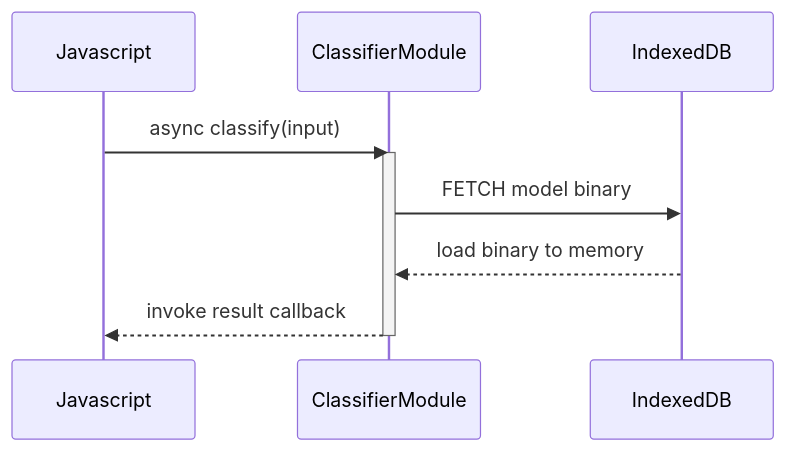
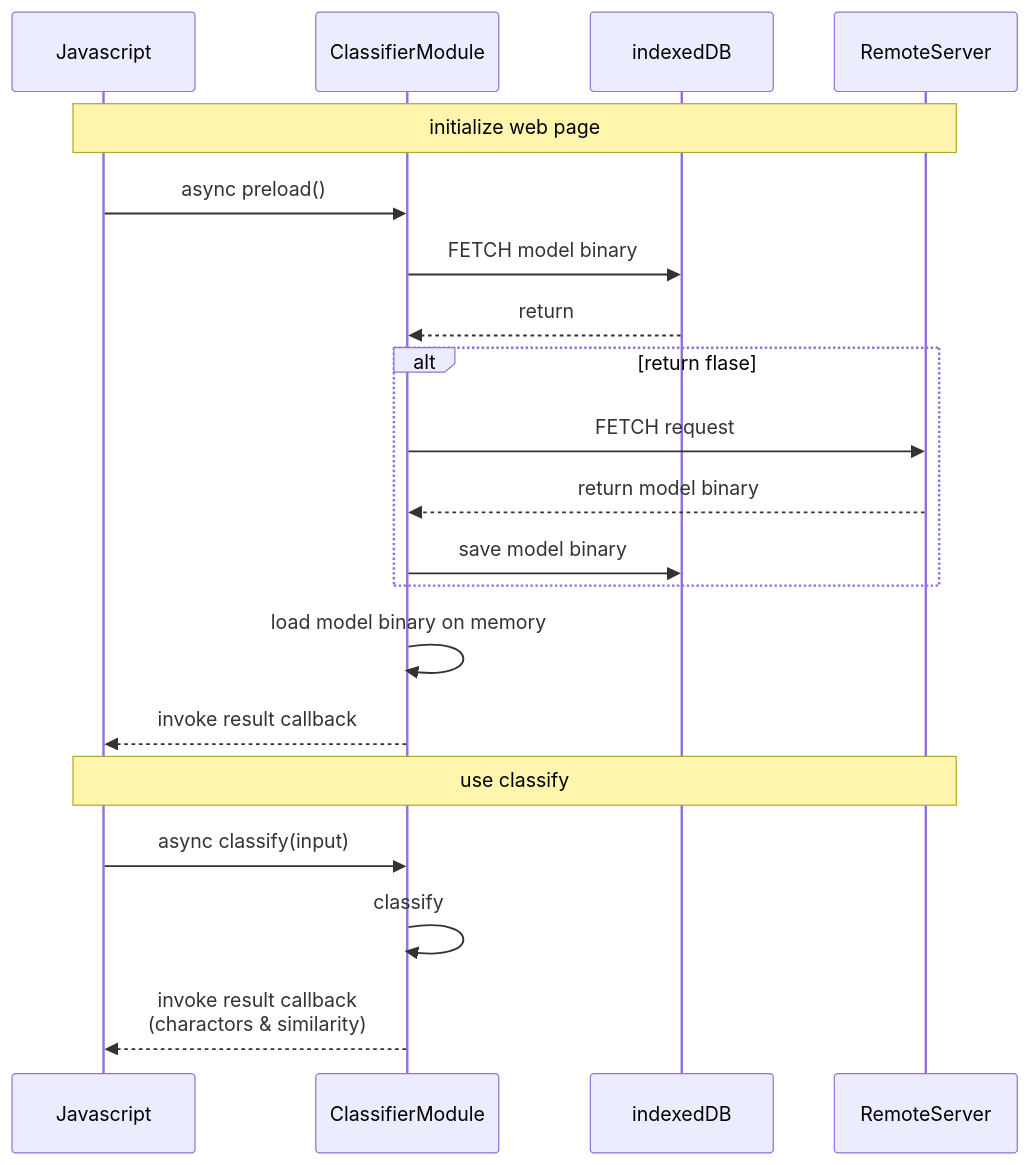
The diagram in README.md (HungNgKh/zinnia-demo), drawn with Mermaid before and after one commit. The commit also changed other lines of this file and 4 other files, not shown here.

Commit message:
in memory load

````diff
--- a/README.md
+++ b/README.md
@@ -128,13 +109,23 @@
 ```mermaid
-sequenceDiagram;
-  participant Javascript
-  participant ClassifierModule
-  participant IndexedDB
+sequenceDiagram
+    participant js as Javascript
+    participant wasm as ClassifierModule
+    participant db as indexedDB
+    participant sv as RemoteServer
 
-  Javascript->>ClassifierModule: async classify(input)
-  activate ClassifierModule
-  ClassifierModule->>IndexedDB: FETCH model binary
-  IndexedDB-->>ClassifierModule: load binary to memory
-  ClassifierModule-->>Javascript: invoke result callback
-  deactivate ClassifierModule
+    Note over js, sv: initialize web page
+    js->>wasm: async preload()
+    wasm->>db: FETCH model binary
+    db-->>wasm: return 
+    alt return flase
+        wasm->>sv: FETCH request
+        sv-->>wasm: return model binary
+        wasm->>db: save model binary
+    end
+    wasm->>wasm: load model binary on memory
+    wasm-->>js: invoke result callback
+    Note over js, sv: use classify
+    js->>wasm: async classify(input)
+    wasm->>wasm: classify
+    wasm-->>js: invoke result callback<br>(charactors & similarity)
 ```
````
